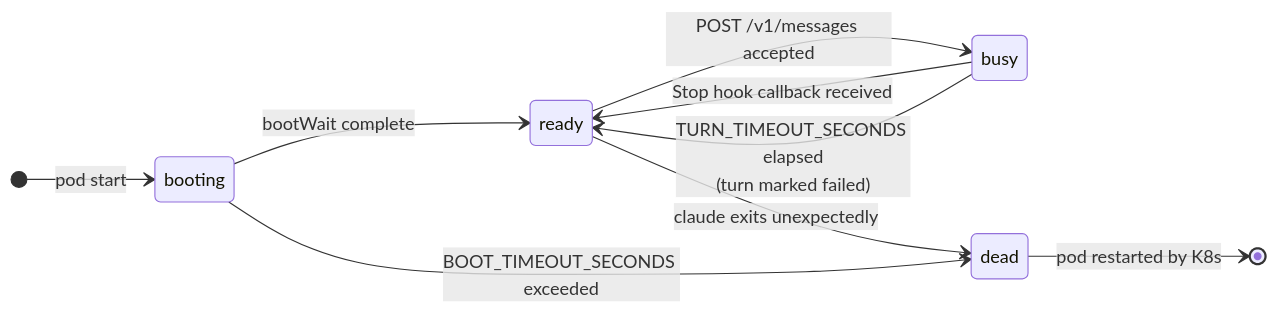
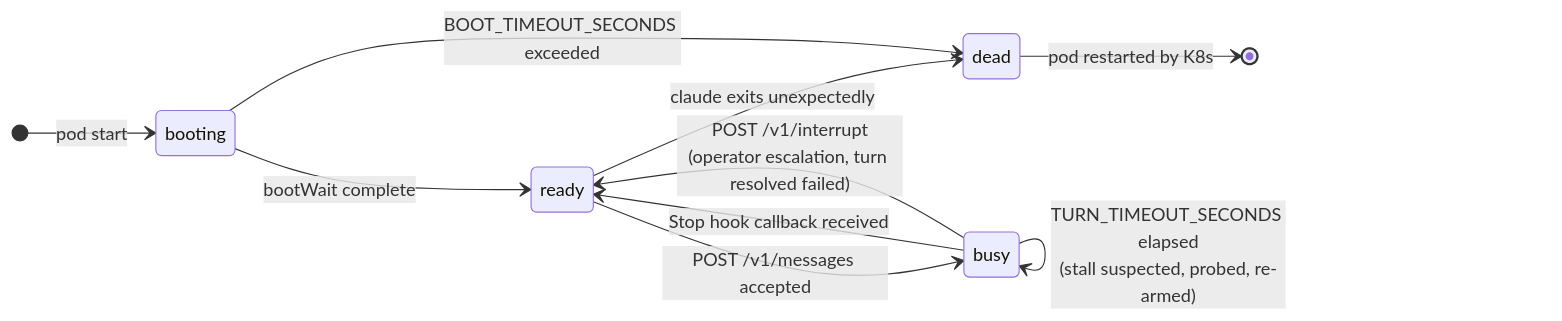
The second of 2 diagrams in docs/architecture/agent-execution.md (szymonrychu/tatara-documentation), drawn with Mermaid before and after one commit. The commit also changed other lines of this file and 16 other files, not shown here.

````diff
--- a/docs/architecture/agent-execution.md
+++ b/docs/architecture/agent-execution.md
@@ -198,12 +199,13 @@
 ```mermaid
 stateDiagram-v2
     direction LR
     [*] --> booting : pod start
     booting --> ready : bootWait complete
     ready --> busy : POST /v1/messages accepted
     busy --> ready : Stop hook callback received
-    busy --> ready : TURN_TIMEOUT_SECONDS elapsed<br/>(turn marked failed)
+    busy --> busy : TURN_TIMEOUT_SECONDS elapsed<br/>(stall suspected, probed, re-armed)
+    busy --> ready : POST /v1/interrupt<br/>(operator escalation, turn resolved failed)
     ready --> dead : claude exits unexpectedly
     booting --> dead : BOOT_TIMEOUT_SECONDS exceeded
     dead --> [*] : pod restarted by K8s
 ```
````
